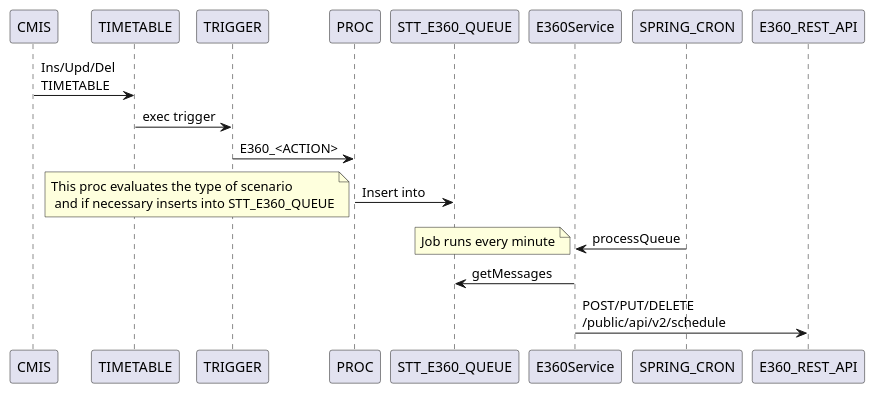
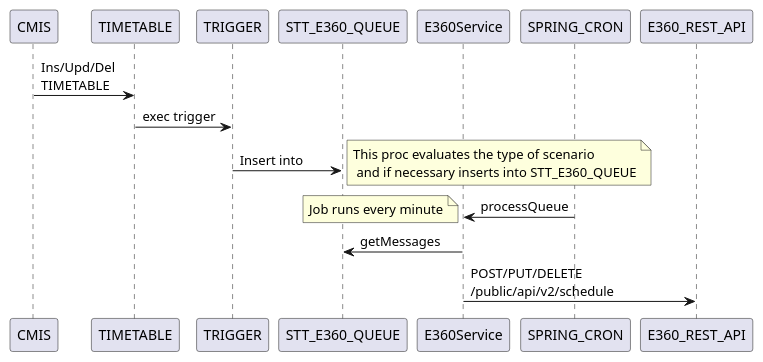
Before and after one commit to ororker/cmis-e360: the diagram in img/seq.puml, drawn with PlantUML. The commit also changed 1 other file, not shown here.

Commit message:
update sequence diagram

```diff
--- a/img/seq.puml
+++ b/img/seq.puml
@@ -1,12 +1,10 @@
 @startuml
 CMIS -> TIMETABLE: Ins/Upd/Del \nTIMETABLE
 TIMETABLE -> TRIGGER: exec trigger
-TRIGGER -> PROC: E360_<ACTION>
-PROC -> STT_E360_QUEUE: Insert into
-note left: This proc evaluates the type of scenario\n and if necessary inserts into STT_E360_QUEUE
-
+TRIGGER -> STT_E360_QUEUE: Insert into
+note right: This proc evaluates the type of scenario\n and if necessary inserts into STT_E360_QUEUE
 E360Service<-SPRING_CRON  : processQueue
 note left: Job runs every minute
 E360Service -> STT_E360_QUEUE: getMessages
 E360Service -> E360_REST_API: POST/PUT/DELETE \n/public/api/v2/schedule
 @enduml
```
